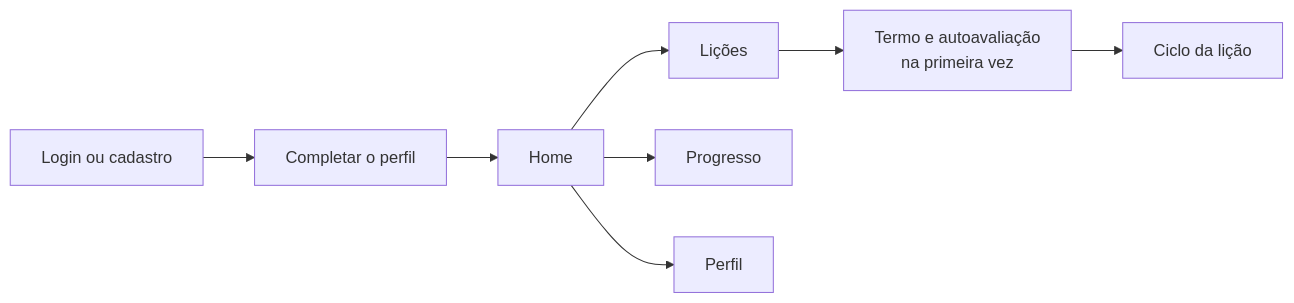
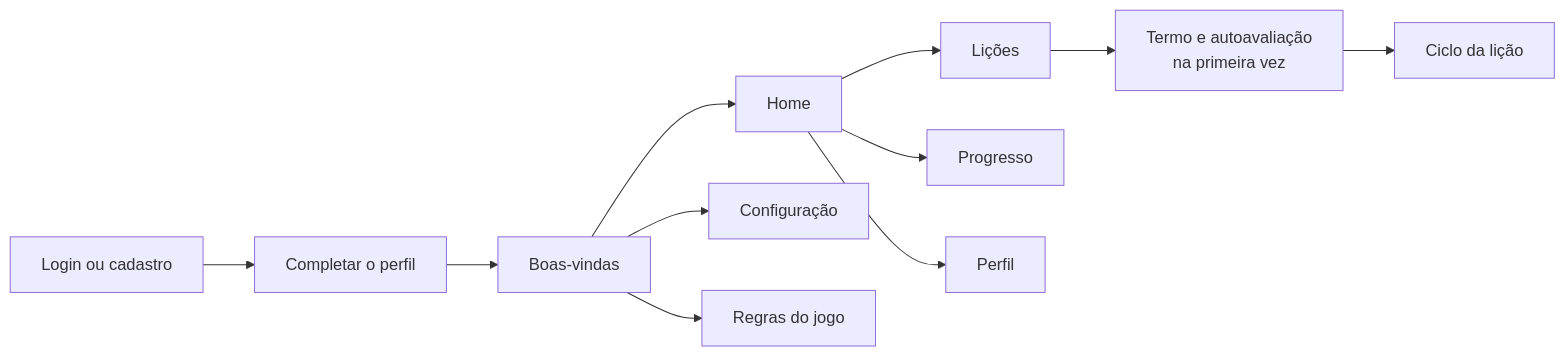
One commit to Tiagopbc/App_MobileBuilders_Maragames changed the first of 3 diagrams in docs/arquitetura.md. Above: the diagram before and after it, drawn with Mermaid. The commit also changed other lines of this file and 1 other file, not shown here.

Commit message:
Documentação: a tela de boas-vindas, a Configuração e as Regras do jogo

````diff
--- a/docs/arquitetura.md
+++ b/docs/arquitetura.md
@@ -9,8 +9,10 @@
 ```mermaid
 flowchart LR
-    L[Login ou cadastro] --> P[Completar o perfil] --> H[Home]
+    L[Login ou cadastro] --> P[Completar o perfil] --> B[Boas-vindas] --> H[Home]
+    B --> CF[Configuração]
+    B --> RG[Regras do jogo]
     H --> LI[Lições]
     H --> PR[Progresso]
     H --> PE[Perfil]
     LI --> T[Termo e autoavaliação<br/>na primeira vez] --> CI[Ciclo da lição]
 ```
````
